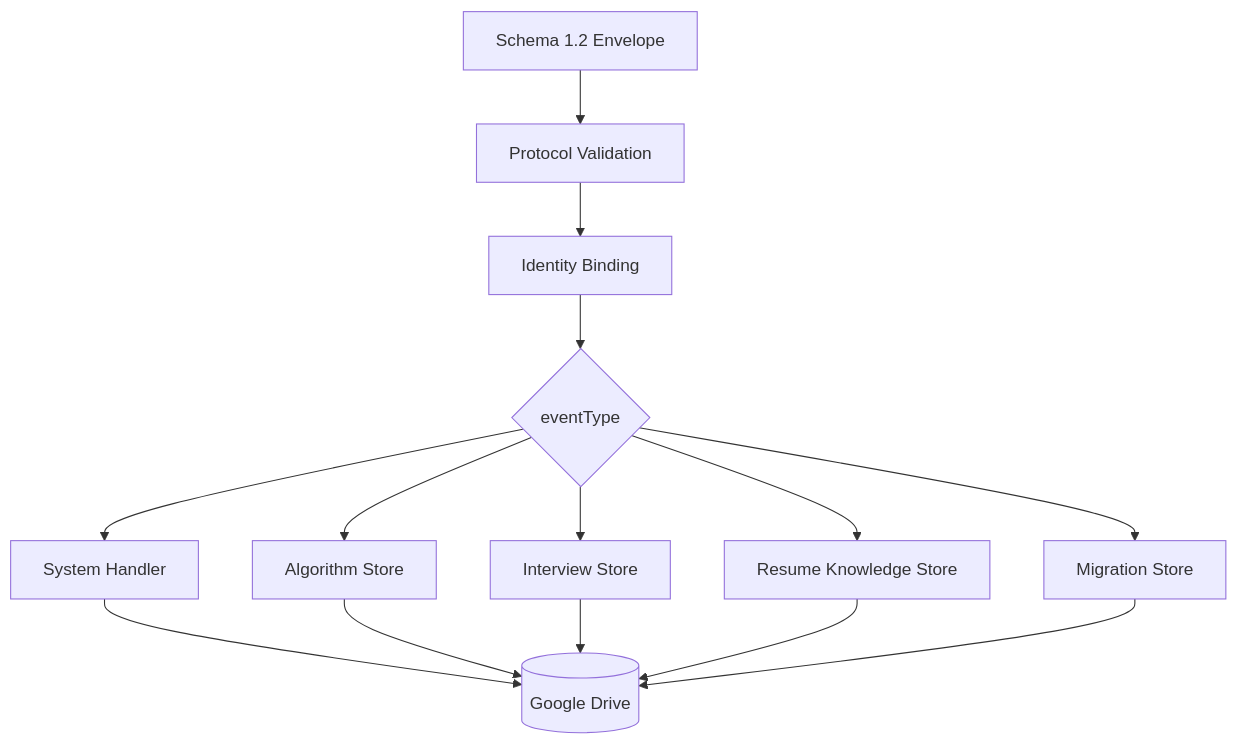
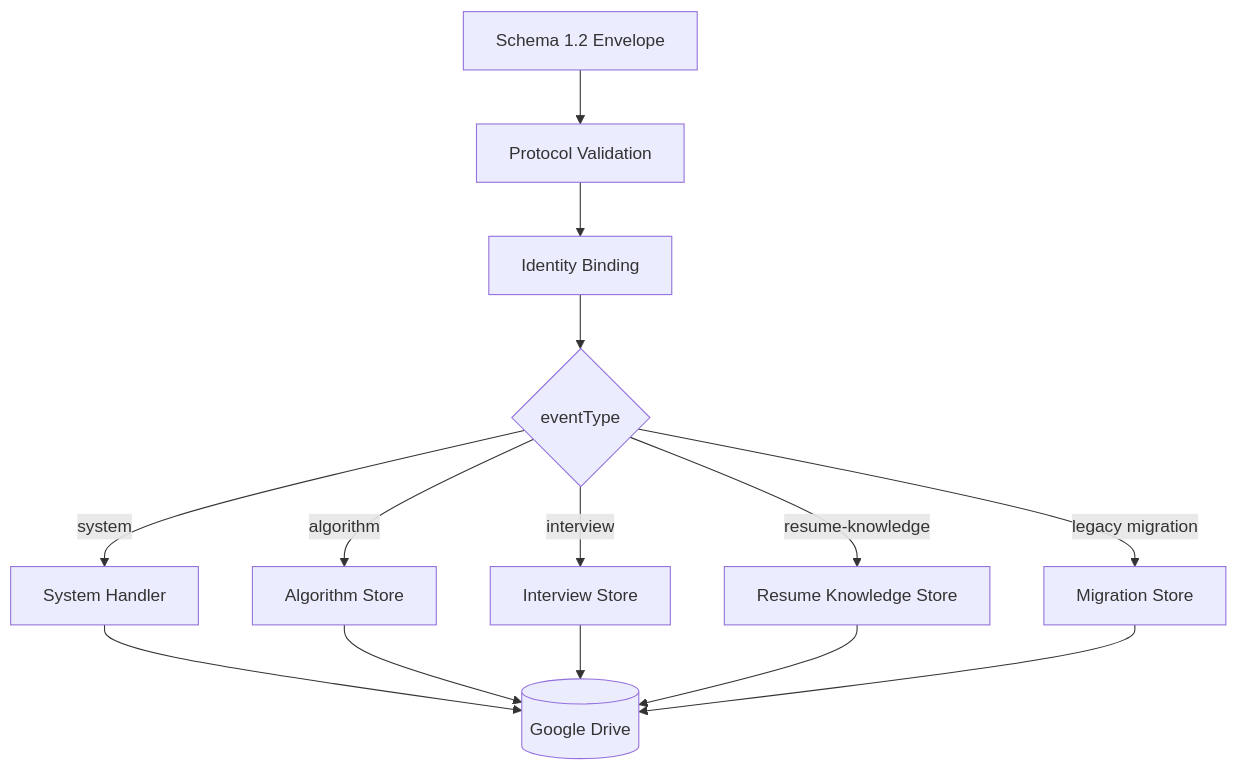
Diagram 18 of 32 in README.md (gitgotcha/my-chatgpt-mcp), drawn with Mermaid before and after one commit. The commit also changed other lines of this file, not shown here.

````diff
--- a/README.md
+++ b/README.md
@@ -1832,39 +1770,32 @@
 ```mermaid
 flowchart TD
 
-    E[Schema 1.2 Envelope]
+    EVENT["Schema 1.2 Envelope"]
+    VALIDATE["Protocol Validation"]
+    IDENTITY["Identity Binding"]
+    ROUTER{"eventType"}
 
-    VALIDATE[Protocol Validation]
+    SYSTEM["System Handler"]
+    ALG["Algorithm Store"]
+    INTERVIEW["Interview Store"]
+    RESUME["Resume Knowledge Store"]
+    MIGRATION["Migration Store"]
 
-    ID[Identity Binding]
+    DRIVE[("Google Drive")]
 
-    ROUTER{eventType}
+    EVENT --> VALIDATE
+    VALIDATE --> IDENTITY
+    IDENTITY --> ROUTER
 
-    SYS[System Handler]
+    ROUTER -->|"system"| SYSTEM
+    ROUTER -->|"algorithm"| ALG
+    ROUTER -->|"interview"| INTERVIEW
+    ROUTER -->|"resume-knowledge"| RESUME
+    ROUTER -->|"legacy migration"| MIGRATION
 
-    ALG[Algorithm Store]
-
-    INT[Interview Store]
-
-    RES[Resume Knowledge Store]
-
-    MIG[Migration Store]
-
-    DRIVE[(Google Drive)]
-
-    E --> VALIDATE
-    VALIDATE --> ID
-    ID --> ROUTER
-
-    ROUTER --> SYS
-    ROUTER --> ALG
-    ROUTER --> INT
-    ROUTER --> RES
-    ROUTER --> MIG
-
-    SYS --> DRIVE
+    SYSTEM --> DRIVE
     ALG --> DRIVE
-    INT --> DRIVE
-    RES --> DRIVE
-    MIG --> DRIVE
+    INTERVIEW --> DRIVE
+    RESUME --> DRIVE
+    MIGRATION --> DRIVE
 ```
````
